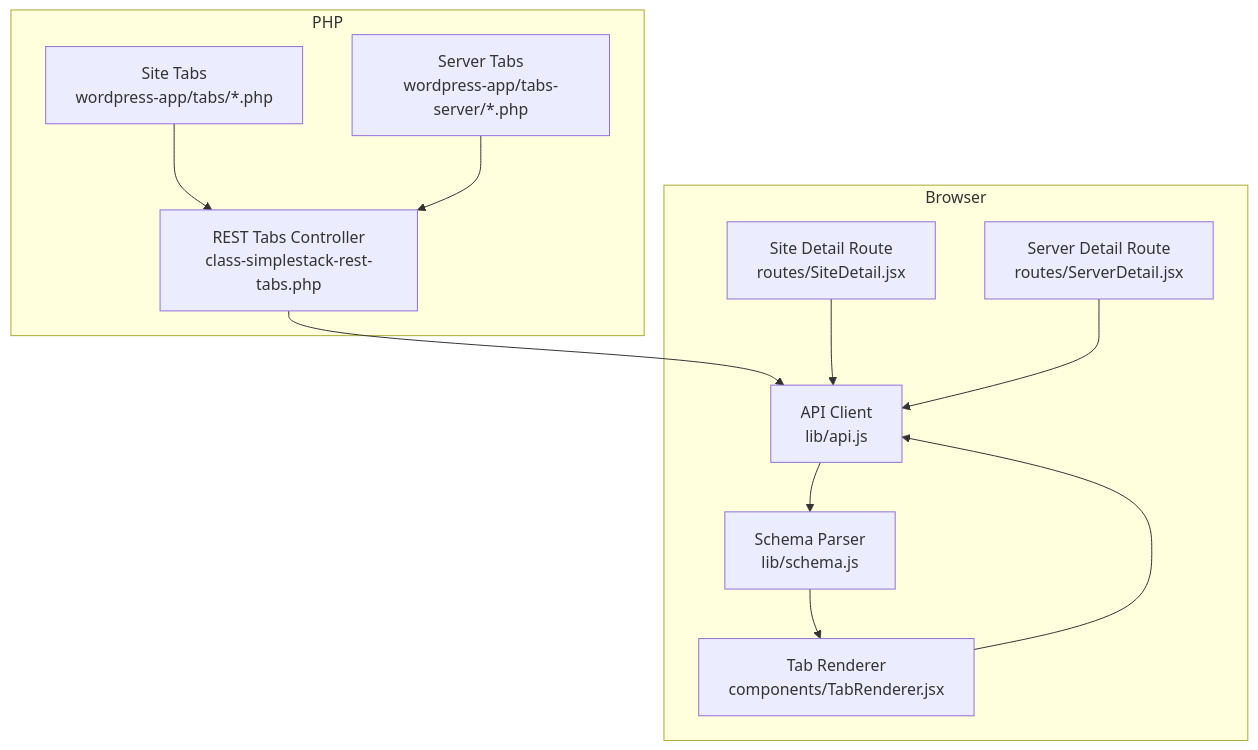
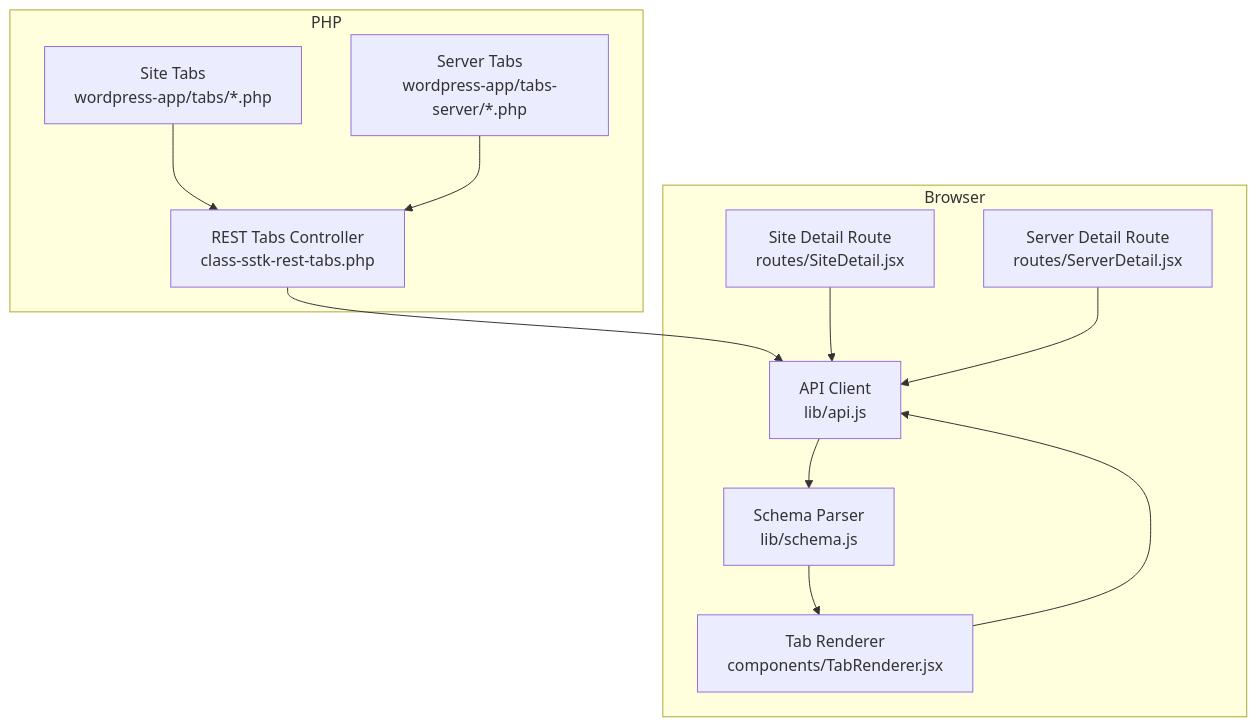
One commit to onedogsolutions/simple-stack changed the first of 9 diagrams in .qoder/repowiki/en/content/WordPress Application Engine/Customization & Extension Points/Admin Interface Extension System.md. Above: the diagram before and after it, drawn with Mermaid. The commit also changed other lines of this file and 5941 other files, not shown here.

````diff
--- a/.qoder/repowiki/en/content/WordPress Application Engine/Customization & Extension Points/Admin Interface Extension System.md
+++ b/.qoder/repowiki/en/content/WordPress Application Engine/Customization & Extension Points/Admin Interface Extension System.md
@@ -48,23 +48,23 @@
 ```mermaid
 graph TB
 subgraph "PHP"
 SiteTabs["Site Tabs<br/>wordpress-app/tabs/*.php"]
 ServerTabs["Server Tabs<br/>wordpress-app/tabs-server/*.php"]
-RestTabs["REST Tabs Controller<br/>class-simplestack-rest-tabs.php"]
+RestTabs["REST Tabs Controller<br/>class-sstk-rest-tabs.php"]
 end
 subgraph "Browser"
 ApiClient["API Client<br/>lib/api.js"]
 SchemaParser["Schema Parser<br/>lib/schema.js"]
 TabRenderer["Tab Renderer<br/>components/TabRenderer.jsx"]
 SiteRoute["Site Detail Route<br/>routes/SiteDetail.jsx"]
 ServerRoute["Server Detail Route<br/>routes/ServerDetail.jsx"]
 end
 SiteTabs --> RestTabs
 ServerTabs --> RestTabs
 RestTabs --> ApiClient
 ApiClient --> SchemaParser
 SchemaParser --> TabRenderer
 SiteRoute --> ApiClient
 ServerRoute --> ApiClient
 TabRenderer --> ApiClient
 ```
````
